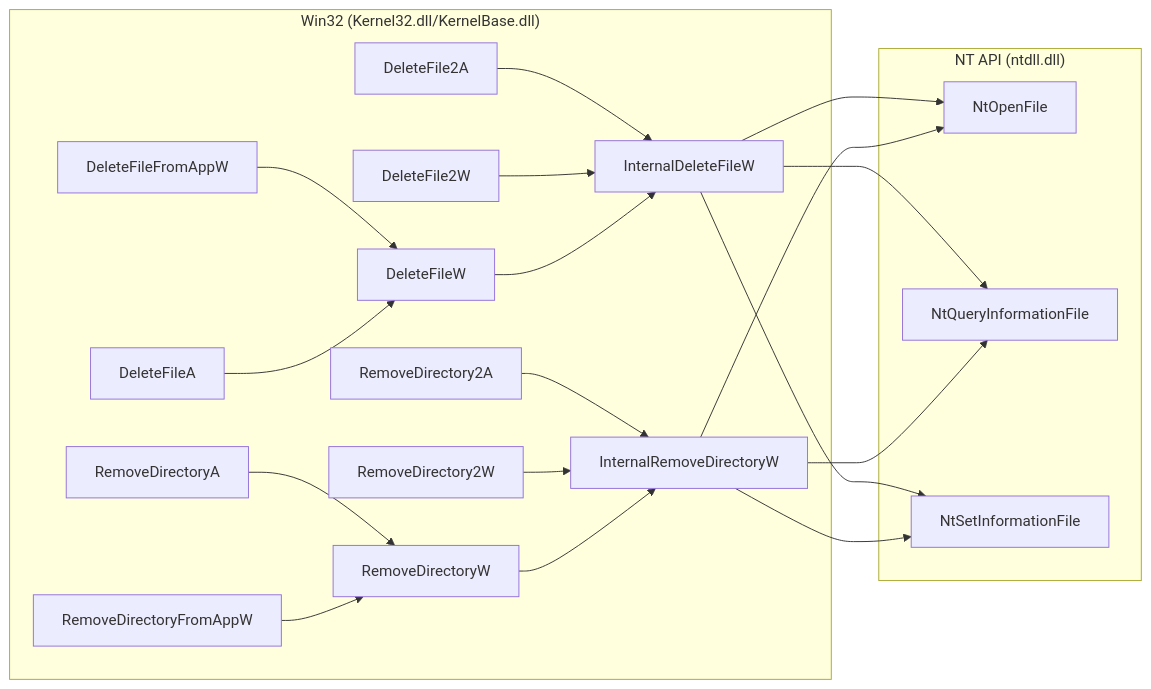
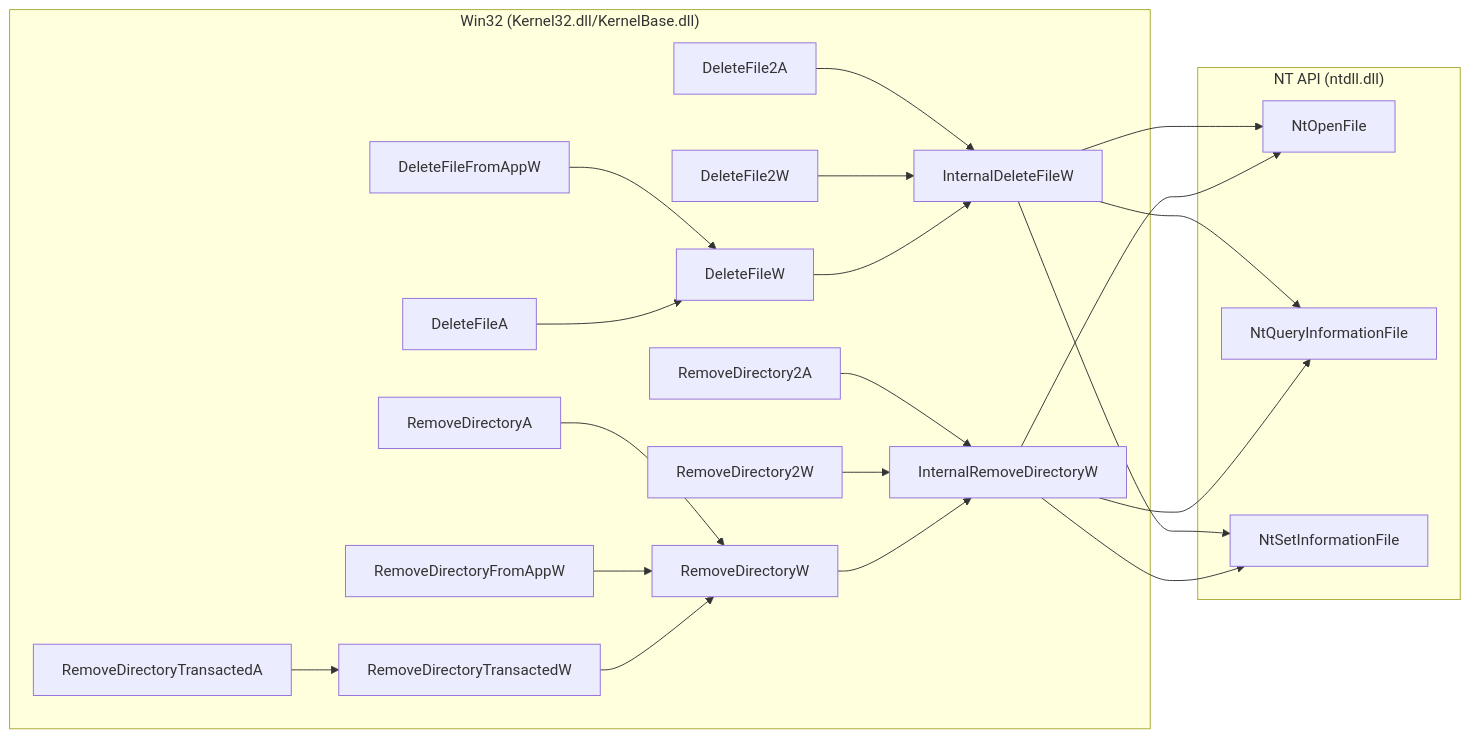
One commit to Sewer56/vfs-writeup changed the third of 11 diagrams in docs/index.md. Above: the diagram before and after it, drawn with Mermaid.

Commit message:
Added: RemoveDirectoryTransacted(A/W)

````diff
--- a/docs/index.md
+++ b/docs/index.md
@@ -334,41 +334,45 @@
 ```mermaid
 flowchart LR
     subgraph Win32["Win32 (Kernel32.dll/KernelBase.dll)"]
     DeleteFile2A
     DeleteFile2W
     DeleteFileA
     DeleteFileW
     DeleteFileFromAppW
     InternalDeleteFileW
     RemoveDirectory2A
     RemoveDirectory2W
     RemoveDirectoryA
     RemoveDirectoryFromAppW
     RemoveDirectoryW
+    RemoveDirectoryTransactedA
+    RemoveDirectoryTransactedW
     InternalRemoveDirectoryW
 
     DeleteFile2A --> InternalDeleteFileW
     DeleteFile2W --> InternalDeleteFileW
     DeleteFileFromAppW --> DeleteFileW
     DeleteFileA --> DeleteFileW
     DeleteFileW --> InternalDeleteFileW
     RemoveDirectory2A --> InternalRemoveDirectoryW
     RemoveDirectory2W --> InternalRemoveDirectoryW
     RemoveDirectoryA --> RemoveDirectoryW
     RemoveDirectoryFromAppW --> RemoveDirectoryW
+    RemoveDirectoryTransactedA --> RemoveDirectoryTransactedW
+    RemoveDirectoryTransactedW --> RemoveDirectoryW
     RemoveDirectoryW --> InternalRemoveDirectoryW
     end
 
     subgraph NT["NT API (ntdll.dll)"]
     NtOpenFile
     NtQueryInformationFile
     NtSetInformationFile
 
     InternalDeleteFileW --> NtOpenFile
     InternalDeleteFileW --> NtQueryInformationFile
     InternalDeleteFileW --> NtSetInformationFile
     InternalRemoveDirectoryW --> NtOpenFile
     InternalRemoveDirectoryW --> NtQueryInformationFile
     InternalRemoveDirectoryW --> NtSetInformationFile
     end
 ```
````
